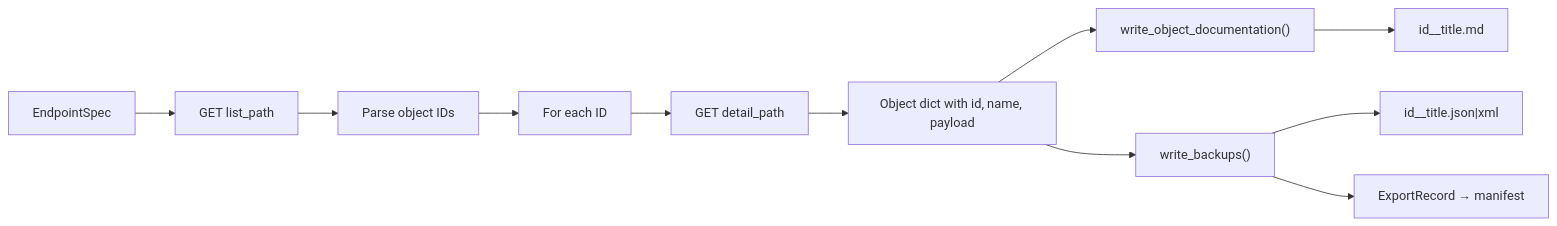
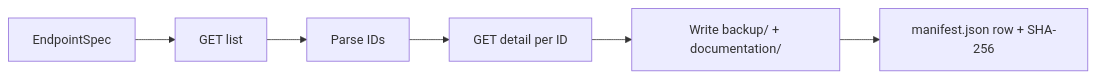
One commit to roto31/jamf-dossier changed the third of 4 diagrams in docs/architecture.md. Above: the diagram before and after it, drawn with Mermaid. The commit also changed other lines of this file and 43 other files, not shown here.

````diff
--- a/docs/architecture.md
+++ b/docs/architecture.md
@@ -87,13 +61,8 @@
 ```mermaid
 flowchart LR
-  Spec["EndpointSpec"] --> ListReq["GET list_path"]
-  ListReq --> ParseIDs["Parse object IDs"]
-  ParseIDs --> DetailLoop["For each ID"]
-  DetailLoop --> DetailReq["GET detail_path"]
-  DetailReq --> ObjectDict["Object dict with id, name, payload"]
-  ObjectDict --> WriteDoc["write_object_documentation()"]
-  ObjectDict --> WriteBackup["write_backups()"]
-  WriteDoc --> MDFile["id__title.md"]
-  WriteBackup --> RawFile["id__title.json|xml"]
-  WriteBackup --> ExportRecord["ExportRecord → manifest"]
+  Spec["EndpointSpec"] --> List["GET list"]
+  List --> IDs["Parse IDs"]
+  IDs --> Detail["GET detail per ID"]
+  Detail --> Raw["Write backup/ + documentation/"]
+  Raw --> ManifestRow["manifest.json row + SHA-256"]
 ```
````
